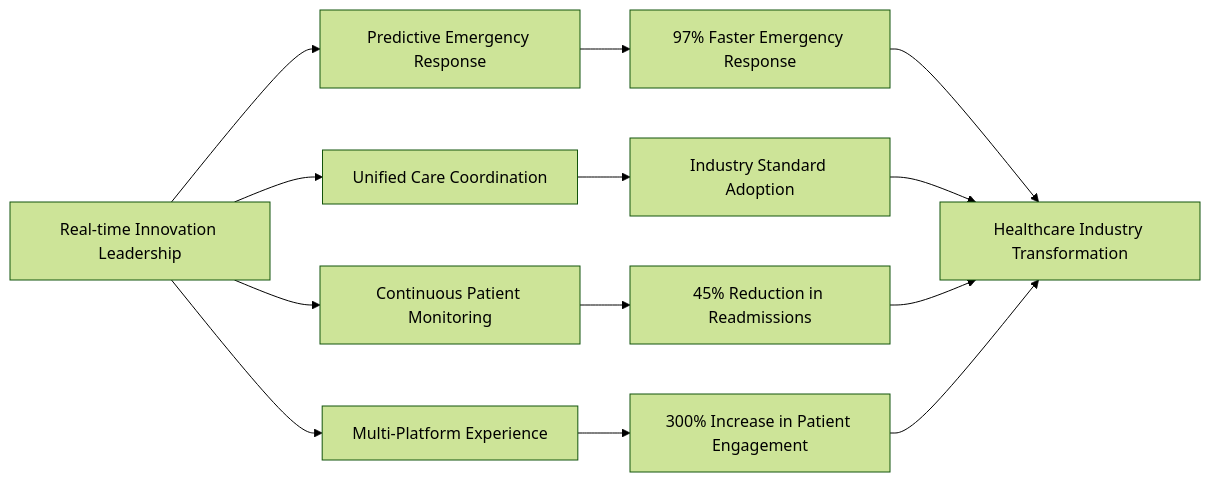
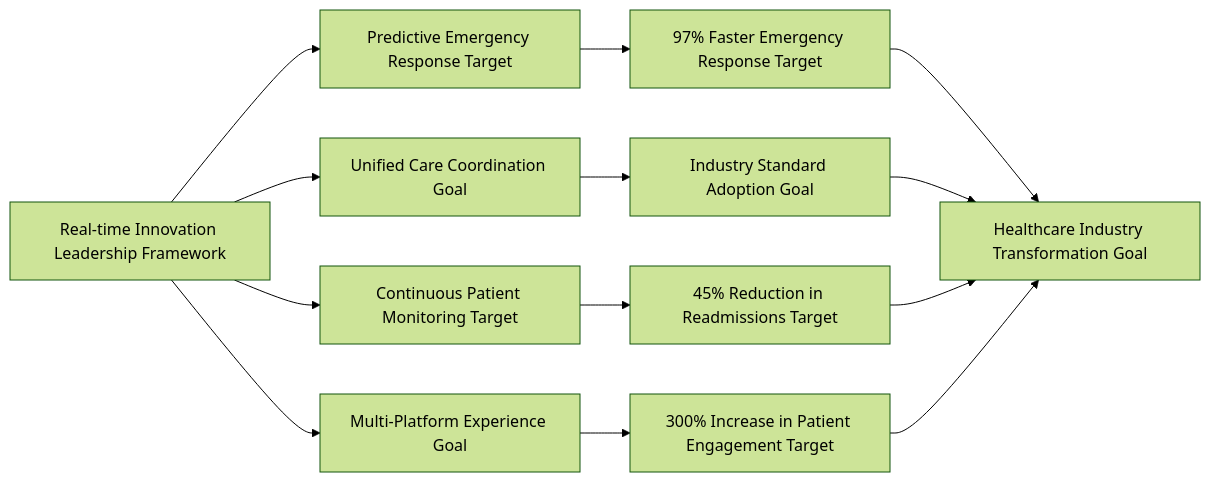
Before and after one commit to mydr24/book: the second of 4 diagrams in chapters/09-realtime-features.md, drawn with Mermaid (forest theme). The commit also changed other lines of this file and 15 other files, not shown here.

````diff
--- a/chapters/09-realtime-features.md
+++ b/chapters/09-realtime-features.md
@@ -151,17 +154,17 @@
 ```mermaid
 graph LR
-    A[Real-time Innovation Leadership] --> B[Predictive Emergency Response]
-    A --> C[Unified Care Coordination]
-    A --> D[Continuous Patient Monitoring]
-    A --> E[Multi-Platform Experience]
+    A[Real-time Innovation Leadership Framework] --> B[Predictive Emergency Response Target]
+    A --> C[Unified Care Coordination Goal]
+    A --> D[Continuous Patient Monitoring Target]
+    A --> E[Multi-Platform Experience Goal]
     
-    B --> F[97% Faster Emergency Response]
-    C --> G[Industry Standard Adoption]
-    D --> H[45% Reduction in Readmissions]
-    E --> I[300% Increase in Patient Engagement]
+    B --> F[97% Faster Emergency Response Target]
+    C --> G[Industry Standard Adoption Goal]
+    D --> H[45% Reduction in Readmissions Target]
+    E --> I[300% Increase in Patient Engagement Target]
     
-    F --> J[Healthcare Industry Transformation]
+    F --> J[Healthcare Industry Transformation Goal]
     G --> J
     H --> J
     I --> J
 ```
````
